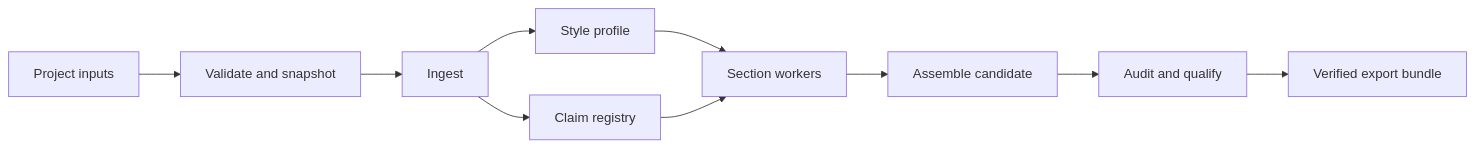
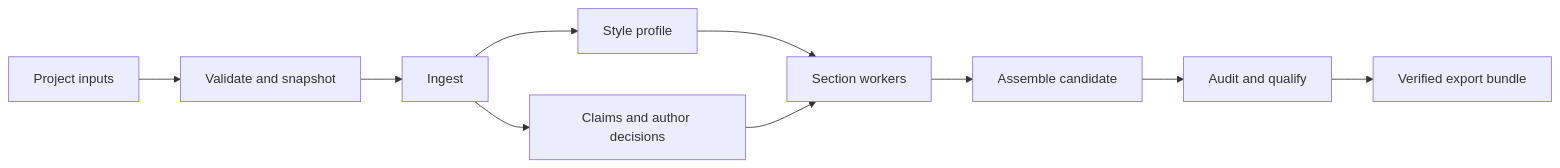
One commit to ericrosenn1/manuscriptforge changed the diagram in README.md. Above: the diagram before and after it, drawn with Mermaid. The commit also changed other lines of this file and 55 other files, not shown here.

````diff
--- a/README.md
+++ b/README.md
@@ -23,12 +24,12 @@
 ```mermaid
 flowchart LR
     I[Project inputs] --> V[Validate and snapshot]
     V --> N[Ingest]
     N --> P[Style profile]
-    N --> C[Claim registry]
+    N --> C[Claims and author decisions]
     P --> S[Section workers]
     C --> S
     S --> A[Assemble candidate]
     A --> Q[Audit and qualify]
     Q --> E[Verified export bundle]
 ```
````
